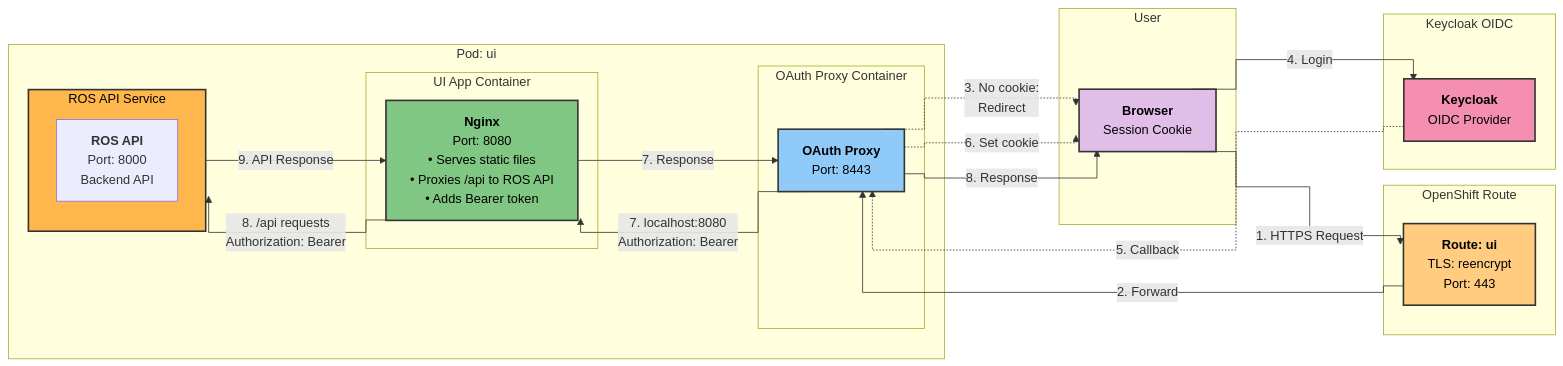
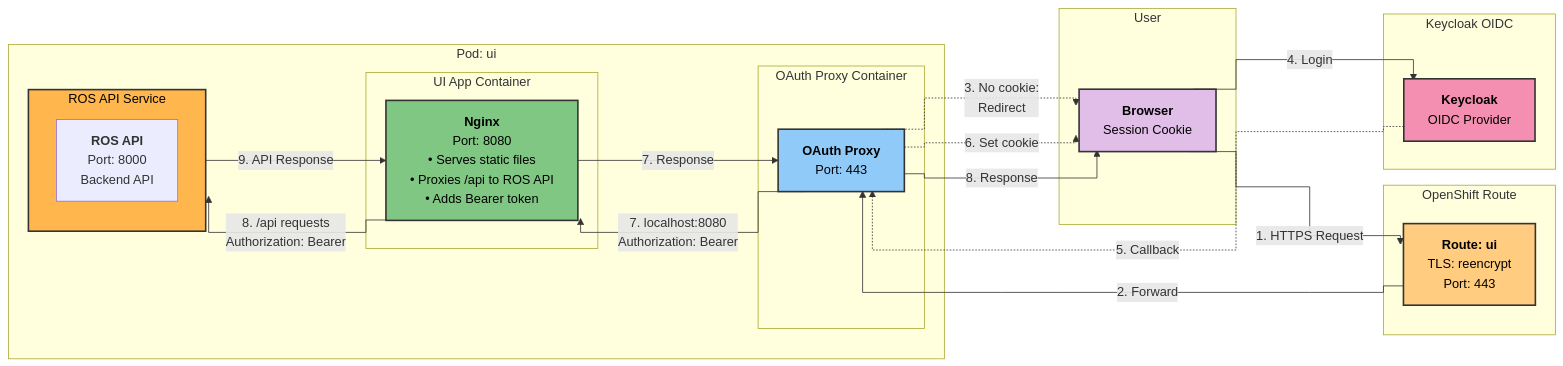
Before and after one commit to jordigilh/ros-helm-chart: the first of 2 diagrams in docs/ui-oauth-authentication.md, drawn with Mermaid. The commit also changed other lines of this file and 4 other files, not shown here.

Commit message:
change sidecar proxy port from 8443 to 443

````diff
--- a/docs/ui-oauth-authentication.md
+++ b/docs/ui-oauth-authentication.md
@@ -38,49 +38,49 @@
 ```mermaid
 %%{init: {'flowchart': {'curve': 'stepAfter'}}}%%
 flowchart LR
     subgraph User["User"]
         U["<b>Browser</b><br/>Session Cookie"]
     end
 
     subgraph Route["OpenShift Route"]
         R["<b>Route: ui</b><br/>TLS: reencrypt<br/>Port: 443"]
     end
 
     subgraph Pod["Pod: ui"]
         subgraph Proxy["OAuth Proxy Container"]
-            P["<b>OAuth Proxy</b><br/>Port: 8443"]
+            P["<b>OAuth Proxy</b><br/>Port: 443"]
         end
 
         subgraph App["UI App Container"]
             N["<b>Nginx</b><br/>Port: 8080<br/>• Serves static files<br/>• Proxies /api to ROS API<br/>• Adds Bearer token"]
         end
 
         P -->|7. localhost:8080<br/>Authorization: Bearer <token>| N
         N -->|8. /api requests<br/>Authorization: Bearer <token>| ROSAPI
     end
 
     subgraph ROSAPI["ROS API Service"]
         API["<b>ROS API</b><br/>Port: 8000<br/>Backend API"]
     end
 
     subgraph OAuth["Keycloak OIDC"]
         O["<b>Keycloak</b><br/>OIDC Provider"]
     end
 
     U -->|1. HTTPS Request| R
     R -->|2. Forward| P
     P -.->|3. No cookie:<br/>Redirect| U
     U -->|4. Login| O
     O -.->|5. Callback| P
     P -.->|6. Set cookie| U
     N -->|7. Response| P
     P -->|8. Response| U
     ROSAPI -->|9. API Response| N
 
     style P fill:#90caf9,stroke:#333,stroke-width:2px,color:#000
     style N fill:#81c784,stroke:#333,stroke-width:2px,color:#000
     style ROSAPI fill:#ffb74d,stroke:#333,stroke-width:2px,color:#000
     style O fill:#f48fb1,stroke:#333,stroke-width:2px,color:#000
     style U fill:#e1bee7,stroke:#333,stroke-width:2px,color:#000
     style R fill:#ffcc80,stroke:#333,stroke-width:2px,color:#000
 ```
````
